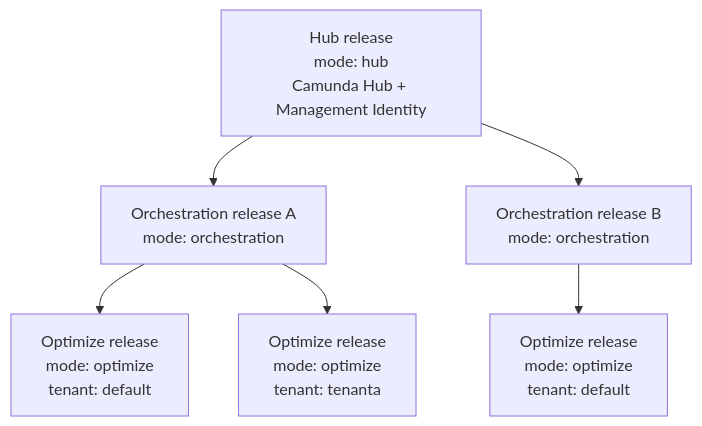
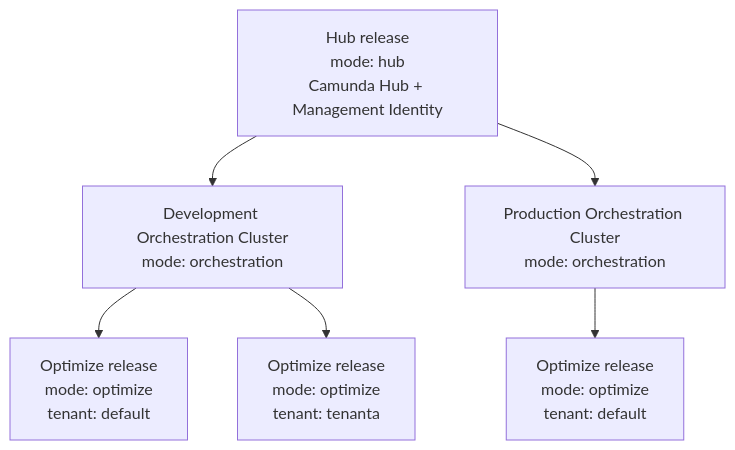
One commit to camunda/camunda-docs changed the diagram in docs/self-managed/reference-architecture/deployment-topology.md. Above: the diagram before and after it, drawn with Mermaid. The commit also changed other lines of this file and 7 other files, not shown here.

````diff
--- a/docs/self-managed/reference-architecture/deployment-topology.md
+++ b/docs/self-managed/reference-architecture/deployment-topology.md
@@ -48,15 +48,15 @@
 ```mermaid
 graph TD
     Hub["Hub release<br/>mode: hub<br/>Camunda Hub + Management Identity"]
-    OCA["Orchestration release A<br/>mode: orchestration"]
-    OCB["Orchestration release B<br/>mode: orchestration"]
+    OCA["Development Orchestration Cluster<br/>mode: orchestration"]
+    OCB["Production Orchestration Cluster<br/>mode: orchestration"]
     OptA1["Optimize release<br/>mode: optimize<br/>tenant: default"]
     OptA2["Optimize release<br/>mode: optimize<br/>tenant: tenanta"]
     OptB1["Optimize release<br/>mode: optimize<br/>tenant: default"]
 
     Hub --> OCA
     Hub --> OCB
     OCA --> OptA1
     OCA --> OptA2
     OCB --> OptB1
 ```
````
